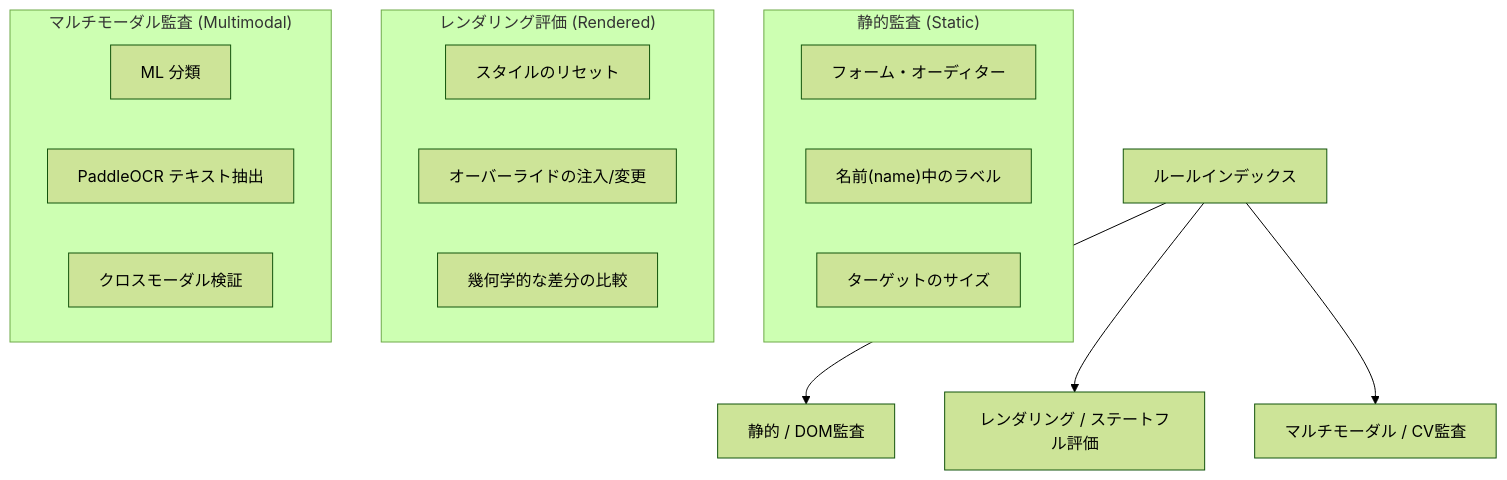
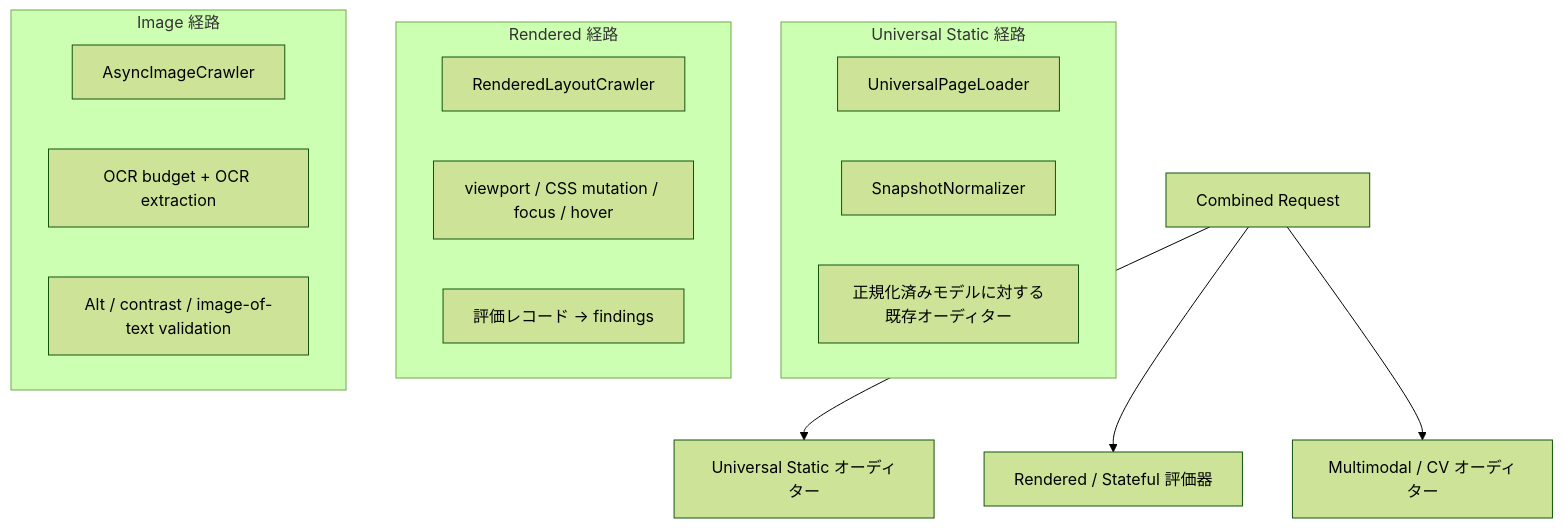
One commit to Sanjaypranavbc/ka11y changed the second of 20 diagrams in ka11y-docs/internals/python-rules-flow-analysis-jp.mdx. Above: the diagram before and after it, drawn with Mermaid (forest theme). The commit also changed other lines of this file and 12 other files, not shown here.

Commit message:
updated node rules flow

````diff
--- a/ka11y-docs/internals/python-rules-flow-analysis-jp.mdx
+++ b/ka11y-docs/internals/python-rules-flow-analysis-jp.mdx
@@ -40,24 +59,24 @@
 ```mermaid
 flowchart TD
-    Index["ルールインデックス"] --> Static["静的 / DOM監査"]
-    Index --> Rendered["レンダリング / ステートフル評価"]
-    Index --> Multi["マルチモーダル / CV監査"]
-    
-    subgraph "静的監査 (Static)"
-        S1["フォーム・オーディター"]
-        S2["名前(name)中のラベル"]
-        S3["ターゲットのサイズ"]
+    Index["Combined Request"] --> Static["Universal Static オーディター"]
+    Index --> Rendered["Rendered / Stateful 評価器"]
+    Index --> Multi["Multimodal / CV オーディター"]
+
+    subgraph "Universal Static 経路"
+        S1["UniversalPageLoader"]
+        S2["SnapshotNormalizer"]
+        S3["正規化済みモデルに対する既存オーディター"]
     end
-    
-    subgraph "レンダリング評価 (Rendered)"
-        R1["スタイルのリセット"]
-        R2["オーバーライドの注入/変更"]
-        R3["幾何学的な差分の比較"]
+
+    subgraph "Rendered 経路"
+        R1["RenderedLayoutCrawler"]
+        R2["viewport / CSS mutation / focus / hover"]
+        R3["評価レコード -> findings"]
     end
-    
-    subgraph "マルチモーダル監査 (Multimodal)"
-        M1["ML 分類"]
-        M2["PaddleOCR テキスト抽出"]
-        M3["クロスモーダル検証"]
+
+    subgraph "Image 経路"
+        M1["AsyncImageCrawler"]
+        M2["OCR budget + OCR extraction"]
+        M3["Alt / contrast / image-of-text validation"]
     end
 ```
````
